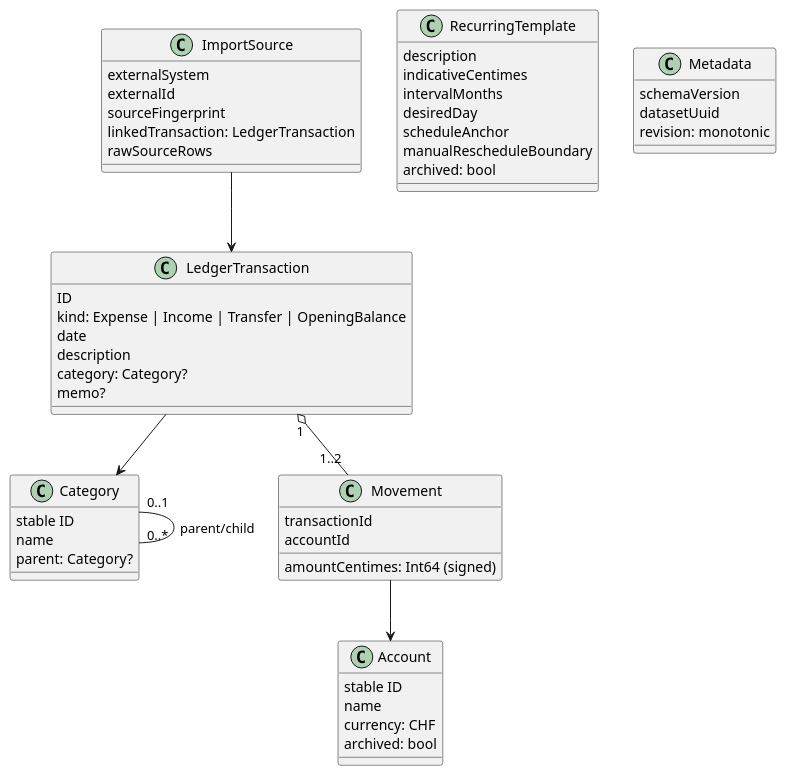
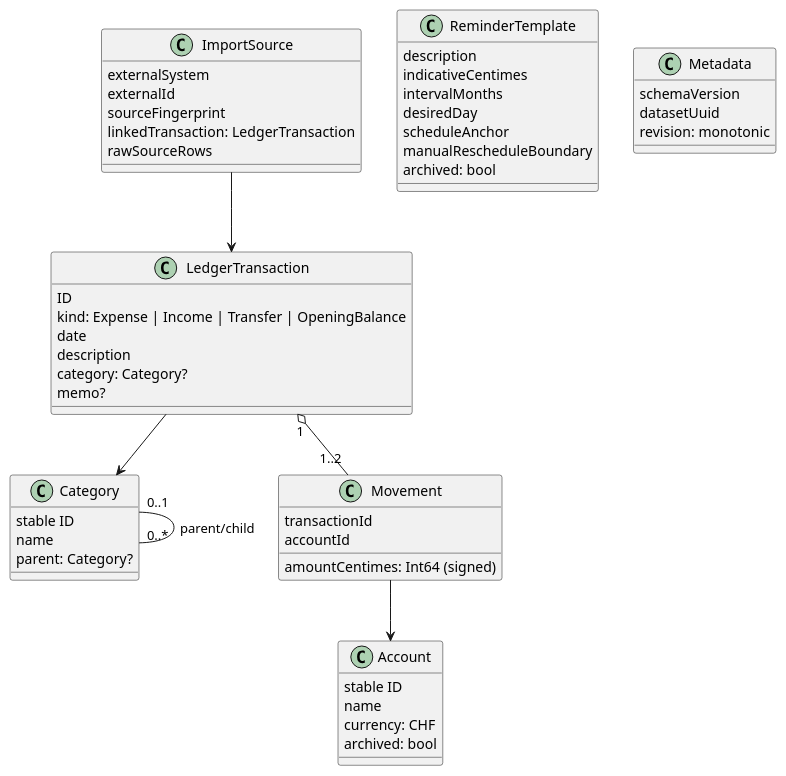
Before and after one commit to Tariatan/Balancia: the second of 5 diagrams in docs/Technical_Design_Description.md, drawn with PlantUML. The commit also changed other lines of this file and 42 other files, not shown here.

````diff
--- a/docs/Technical_Design_Description.md
+++ b/docs/Technical_Design_Description.md
@@ -194,62 +194,62 @@
 ```plantuml
 @startuml
 class Account {
   stable ID
   name
   currency: CHF
   archived: bool
 }
 
 class Category {
   stable ID
   name
   parent: Category?
   ' at most two levels
 }
 
 class LedgerTransaction {
   ID
   kind: Expense | Income | Transfer | OpeningBalance
   date
   description
   category: Category?
   memo?
 }
 
 class Movement {
   transactionId
   accountId
   amountCentimes: Int64 (signed)
 }
 
-class RecurringTemplate {
+class ReminderTemplate {
   description
   indicativeCentimes
   intervalMonths
   desiredDay
   scheduleAnchor
   manualRescheduleBoundary
   archived: bool
 }
 
 class ImportSource {
   externalSystem
   externalId
   sourceFingerprint
   linkedTransaction: LedgerTransaction
   rawSourceRows
 }
 
 class Metadata {
   schemaVersion
   datasetUuid
   revision: monotonic
 }
 
 LedgerTransaction "1" o-- "1..2" Movement
 Category "0..1" -- "0..*" Category : parent/child
 LedgerTransaction --> Category
 Movement --> Account
 ImportSource --> LedgerTransaction
 @enduml
 ```
````
